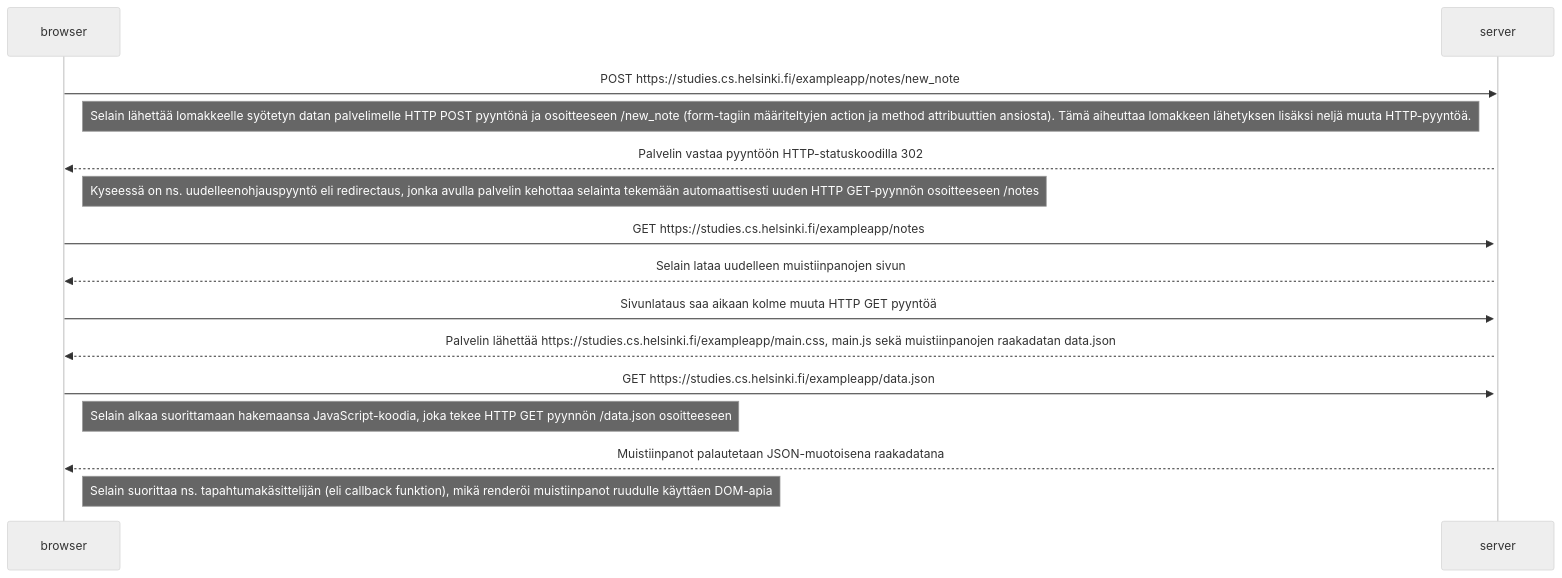
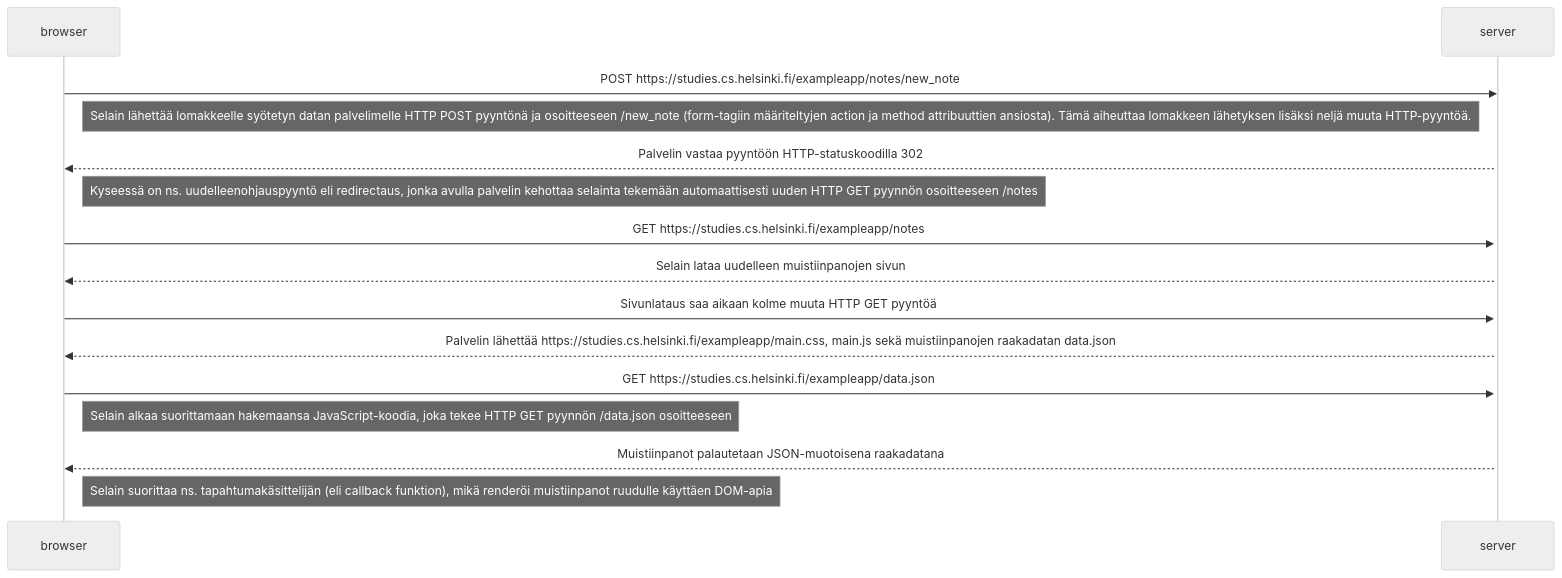
Before and after one commit to superjunnu/fullstackopen: the diagram in osa0/0.4/uusimuistiinpano.md, drawn with Mermaid (neutral theme).

````diff
--- a/osa0/0.4/uusimuistiinpano.md
+++ b/osa0/0.4/uusimuistiinpano.md
@@ -1,29 +1,29 @@
 ```mermaid
 sequenceDiagram
     participant browser
     participant server
     
     browser->>server: POST https://studies.cs.helsinki.fi/exampleapp/notes/new_note
 
 Note right of browser: Selain lähettää lomakkeelle syötetyn datan palvelimelle HTTP POST pyyntönä ja osoitteeseen /new_note (form-tagiin määriteltyjen action ja method attribuuttien ansiosta). Tämä aiheuttaa lomakkeen lähetyksen lisäksi neljä muuta HTTP-pyyntöä.
 
     activate server
     server-->>browser: Palvelin vastaa pyyntöön HTTP-statuskoodilla 302
 
-Note right of browser: Kyseessä on ns. uudelleenohjauspyyntö eli redirectaus, jonka avulla palvelin kehottaa selainta tekemään automaattisesti uuden HTTP GET‑pyynnön osoitteeseen /notes
+Note right of browser: Kyseessä on ns. uudelleenohjauspyyntö eli redirectaus, jonka avulla palvelin kehottaa selainta tekemään automaattisesti uuden HTTP GET pyynnön osoitteeseen /notes
 
     browser->>server: GET https://studies.cs.helsinki.fi/exampleapp/notes
     activate server
     server-->>browser: Selain lataa uudelleen muistiinpanojen sivun
     
     browser->>server: Sivunlataus saa aikaan kolme muuta HTTP GET pyyntöä
     activate server
     server-->>browser: Palvelin lähettää https://studies.cs.helsinki.fi/exampleapp/main.css, main.js sekä muistiinpanojen raakadatan data.json
  
     browser->>server: GET https://studies.cs.helsinki.fi/exampleapp/data.json
 Note right of browser: Selain alkaa suorittamaan hakemaansa JavaScript-koodia, joka tekee HTTP GET pyynnön /data.json osoitteeseen
     activate server
     server-->>browser: Muistiinpanot palautetaan JSON-muotoisena raakadatana
      
 Note right of browser: Selain suorittaa ns. tapahtumakäsittelijän (eli callback funktion), mikä renderöi muistiinpanot ruudulle käyttäen DOM-apia
 ```
````
